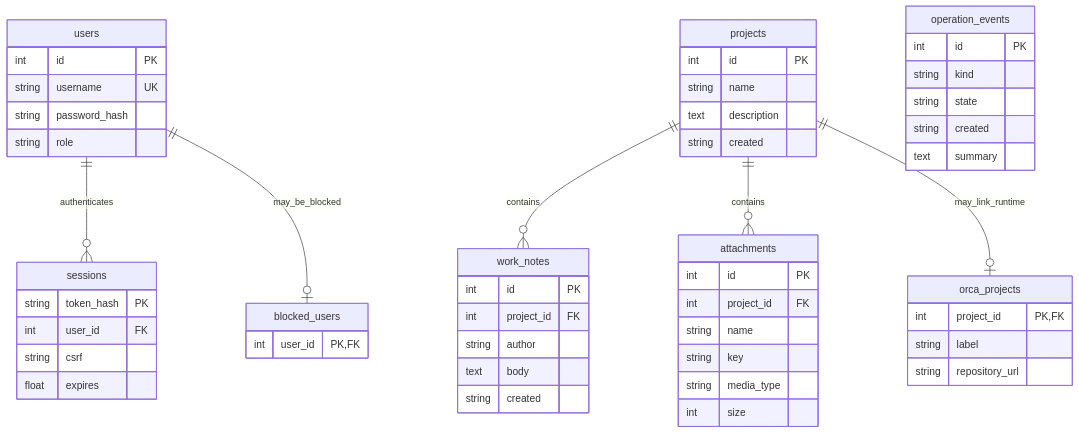
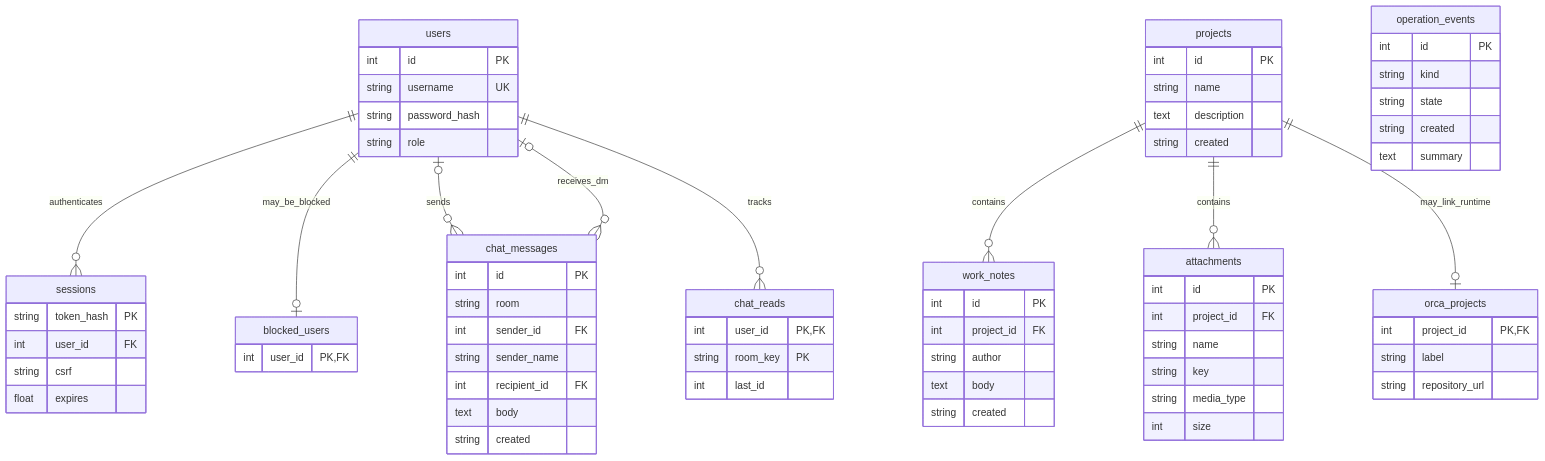
Before and after one commit to kosmos-s/aws-teamproject: the diagram in docs/data-model.md, drawn with Mermaid. The commit also changed other lines of this file and 12 other files, not shown here.

````diff
--- a/docs/data-model.md
+++ b/docs/data-model.md
@@ -3,56 +3,73 @@
 ```mermaid
 erDiagram
     users ||--o{ sessions : authenticates
     users ||--o| blocked_users : may_be_blocked
     projects ||--o{ work_notes : contains
     projects ||--o{ attachments : contains
     projects ||--o| orca_projects : may_link_runtime
+    users |o--o{ chat_messages : sends
+    users |o--o{ chat_messages : receives_dm
+    users ||--o{ chat_reads : tracks
     users {
         int id PK
         string username UK
         string password_hash
         string role
     }
     sessions {
         string token_hash PK
         int user_id FK
         string csrf
         float expires
     }
     blocked_users {
         int user_id PK, FK
     }
     projects {
         int id PK
         string name
         text description
         string created
     }
     work_notes {
         int id PK
         int project_id FK
         string author
         text body
         string created
     }
     orca_projects {
         int project_id PK, FK
         string label
         string repository_url
     }
     attachments {
         int id PK
         int project_id FK
         string name
         string key
         string media_type
         int size
     }
     operation_events {
         int id PK
         string kind
         string state
         string created
         text summary
     }
+    chat_messages {
+        int id PK
+        string room
+        int sender_id FK
+        string sender_name
+        int recipient_id FK
+        text body
+        string created
+    }
+    chat_reads {
+        int user_id PK, FK
+        string room_key PK
+        int last_id
+    }
 ```
````
